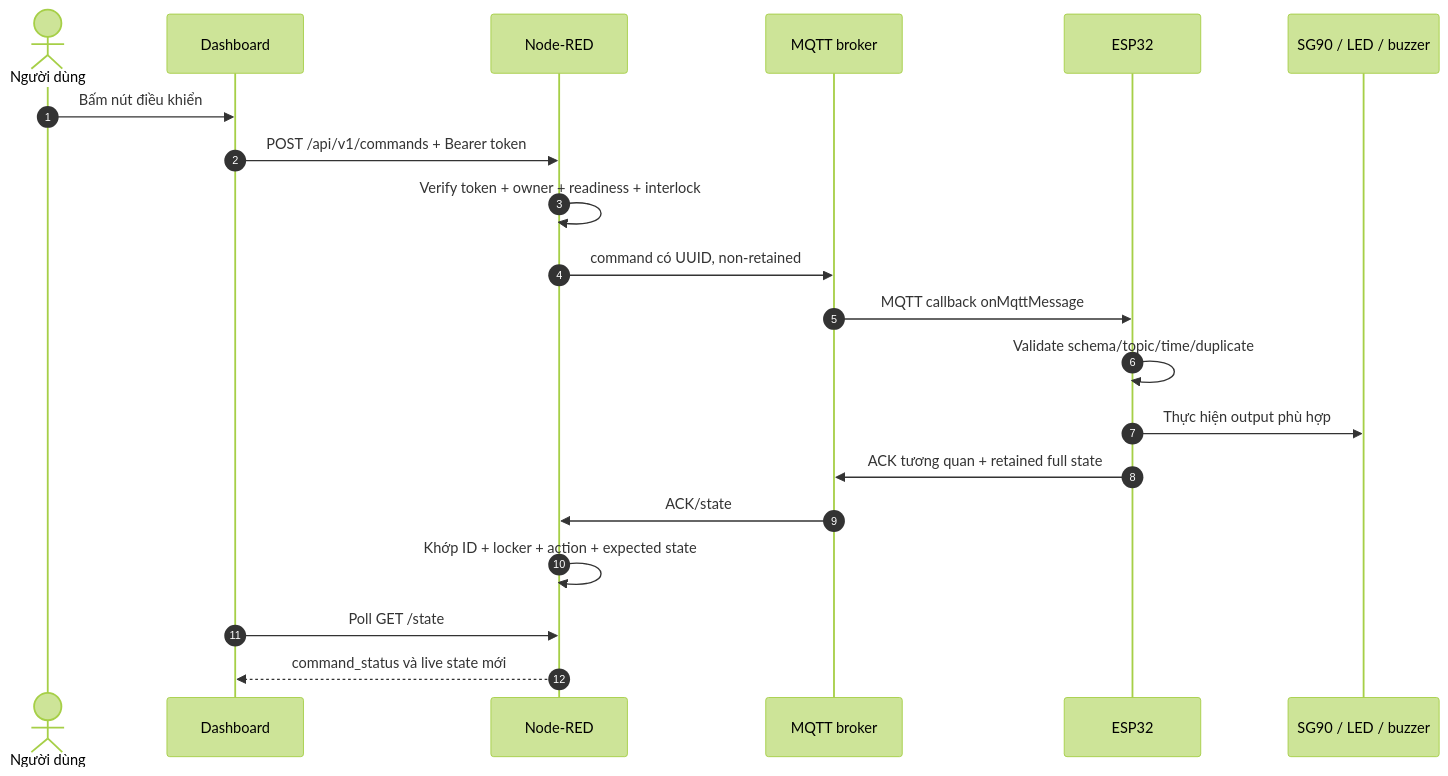
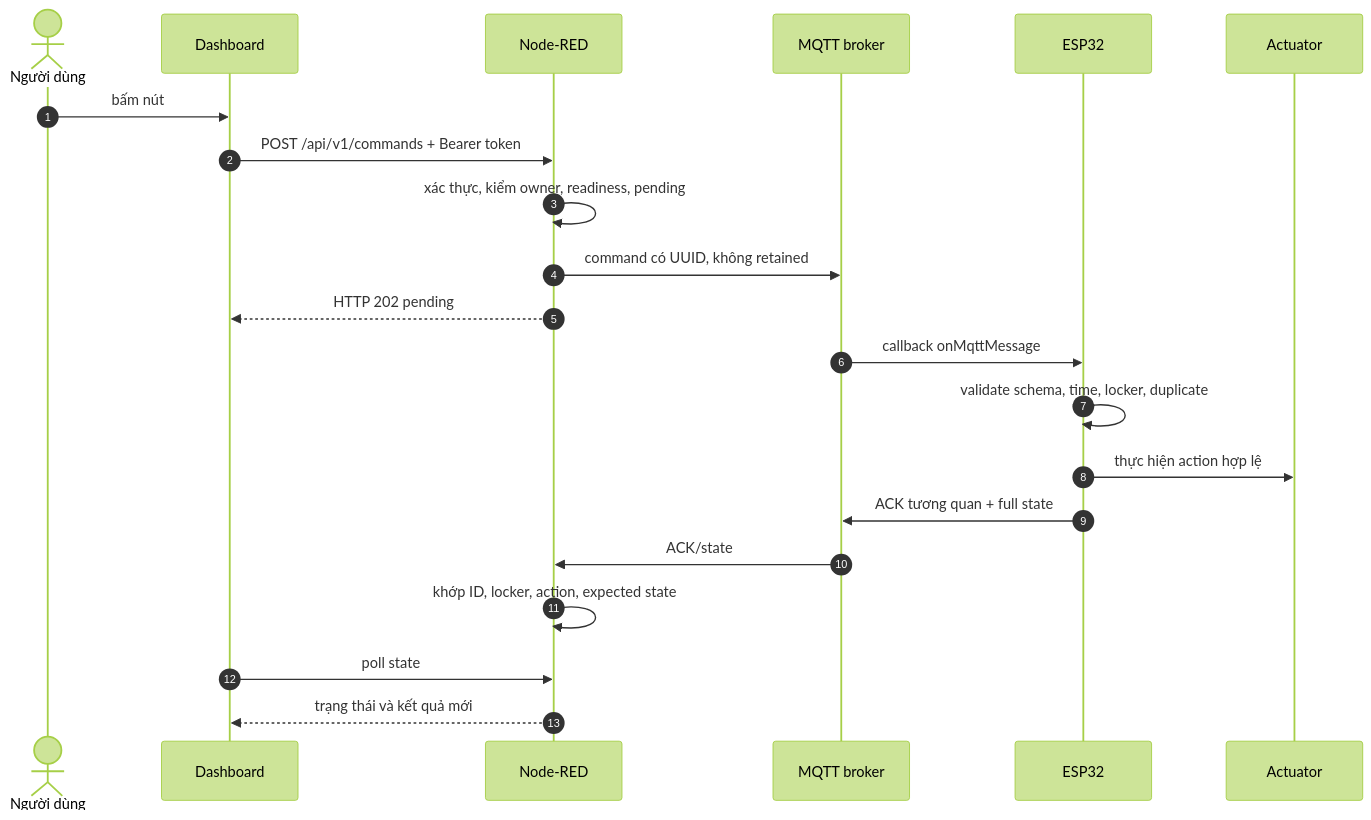
The fourth of 28 diagrams in ON_TAP_VAN_DAP_CHI_TIET.md (ThaiQuangHuy2906/smart-privacy-locker), drawn with Mermaid (forest theme) before and after one commit. The commit also changed other lines of this file and 25 other files, not shown here.

````diff
--- a/ON_TAP_VAN_DAP_CHI_TIET.md
+++ b/ON_TAP_VAN_DAP_CHI_TIET.md
@@ -217,23 +159,24 @@
 ```mermaid
 sequenceDiagram
     autonumber
     actor U as Người dùng
     participant W as Dashboard
     participant N as Node-RED
     participant Q as MQTT broker
-    participant F as ESP32
-    participant A as SG90 / LED / buzzer
+    participant E as ESP32
+    participant A as Actuator
 
-    U->>W: Bấm nút điều khiển
+    U->>W: bấm nút
     W->>N: POST /api/v1/commands + Bearer token
-    N->>N: Verify token + owner + readiness + interlock
-    N->>Q: command có UUID, non-retained
-    Q->>F: MQTT callback onMqttMessage
-    F->>F: Validate schema/topic/time/duplicate
-    F->>A: Thực hiện output phù hợp
-    F->>Q: ACK tương quan + retained full state
+    N->>N: xác thực, kiểm owner, readiness, pending
+    N->>Q: command có UUID, không retained
+    N-->>W: HTTP 202 pending
+    Q->>E: callback onMqttMessage
+    E->>E: validate schema, time, locker, duplicate
+    E->>A: thực hiện action hợp lệ
+    E->>Q: ACK tương quan + full state
     Q->>N: ACK/state
-    N->>N: Khớp ID + locker + action + expected state
-    W->>N: Poll GET /state
-    N-->>W: command_status và live state mới
+    N->>N: khớp ID, locker, action, expected state
+    W->>N: poll state
+    N-->>W: trạng thái và kết quả mới
 ```
````
